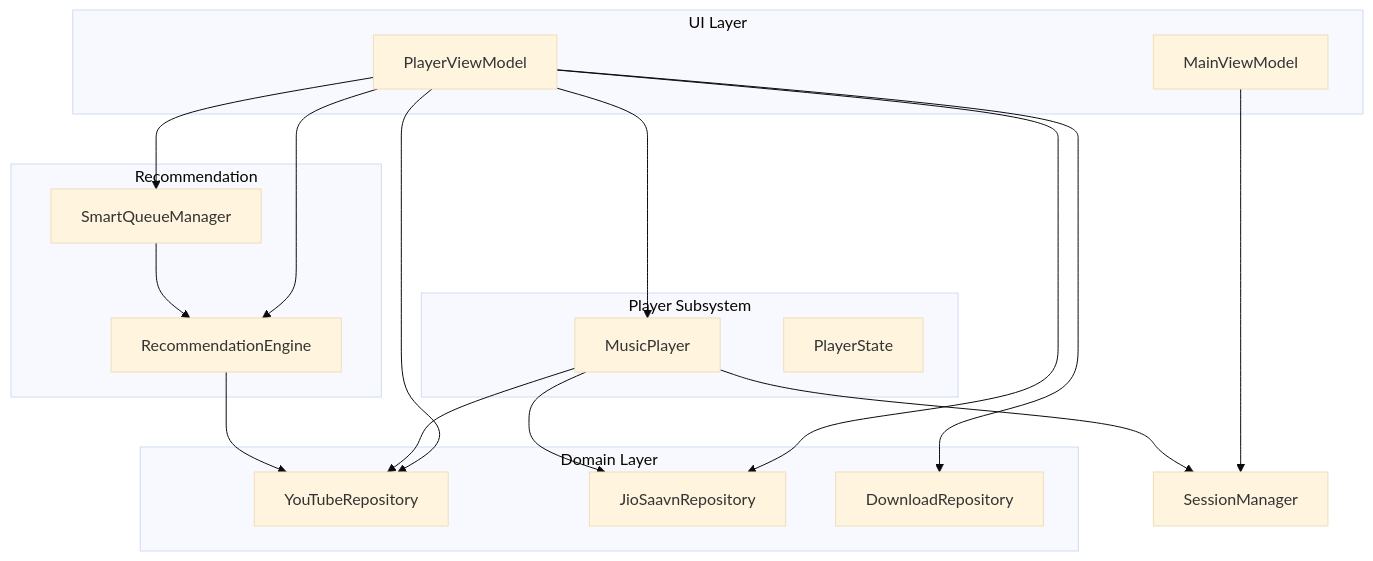
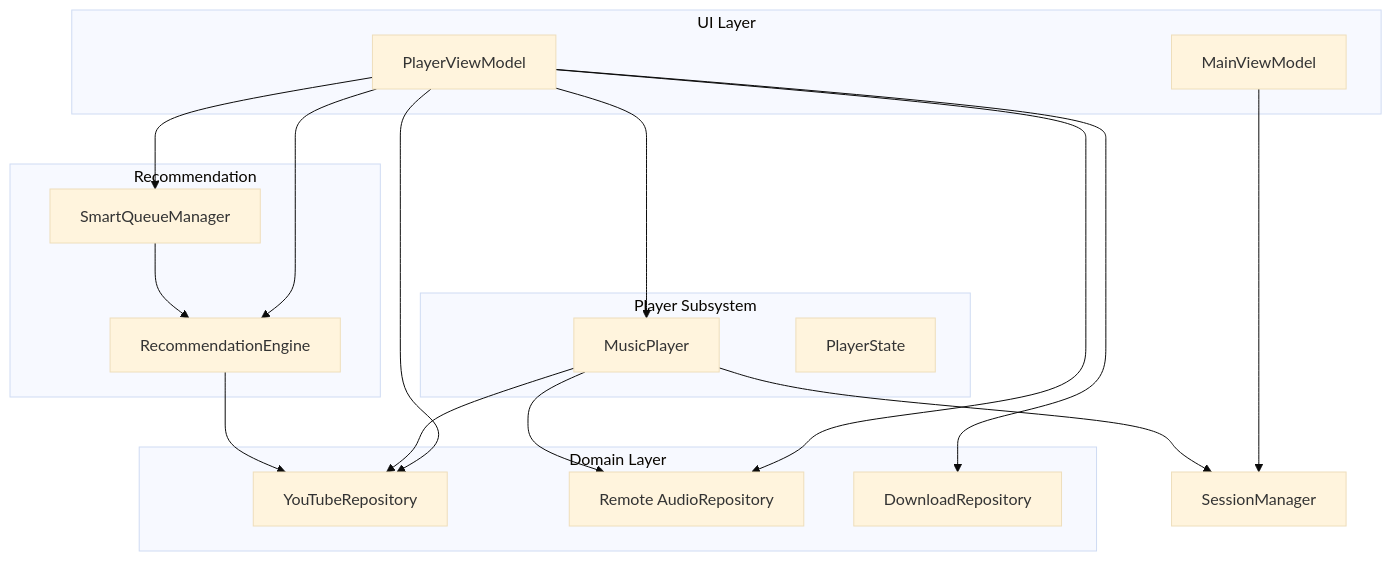
Before and after one commit to suvojeet-sengupta/SuvMusic: the first of 8 diagrams in docs/Application Architecture/Data Flow and State Management.md, drawn with Mermaid (base theme). The commit also changed other lines of this file and 32 other files, not shown here.

````diff
--- a/docs/Application Architecture/Data Flow and State Management.md
+++ b/docs/Application Architecture/Data Flow and State Management.md
@@ -39,33 +39,33 @@
 ```mermaid
 graph TB
 subgraph "UI Layer"
 MV["MainViewModel"]
 PV["PlayerViewModel"]
 end
 subgraph "Player Subsystem"
 MP["MusicPlayer"]
 PS["PlayerState"]
 end
 subgraph "Domain Layer"
 YTR["YouTubeRepository"]
-JSR["JioSaavnRepository"]
+JSR["Remote AudioRepository"]
 DR["DownloadRepository"]
 end
 subgraph "Recommendation"
 RE["RecommendationEngine"]
 SQM["SmartQueueManager"]
 end
 SM["SessionManager"]
 MV --> SM
 PV --> MP
 PV --> YTR
 PV --> JSR
 PV --> DR
 PV --> RE
 PV --> SQM
 MP --> YTR
 MP --> JSR
 MP --> SM
 RE --> YTR
 SQM --> RE
 ```
````
